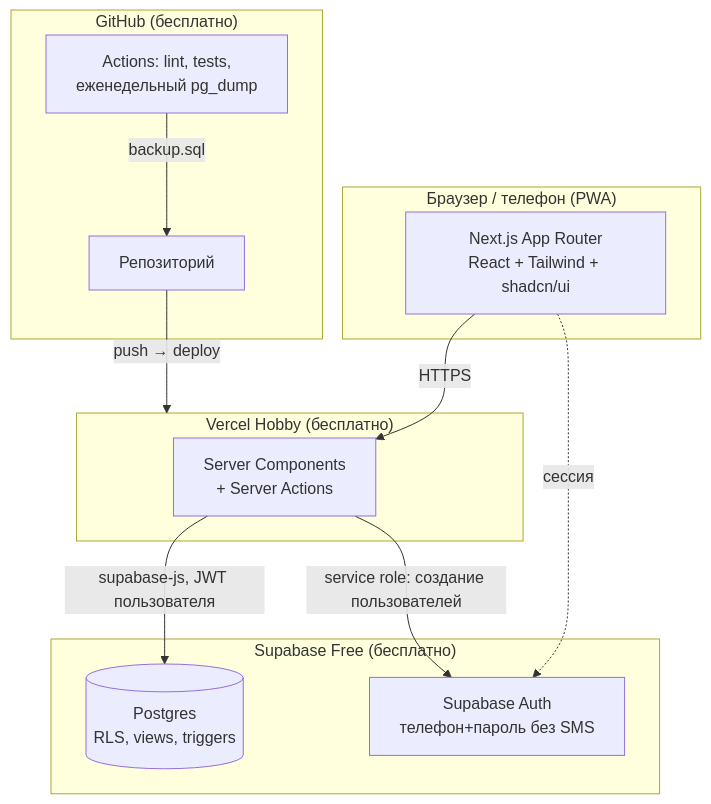
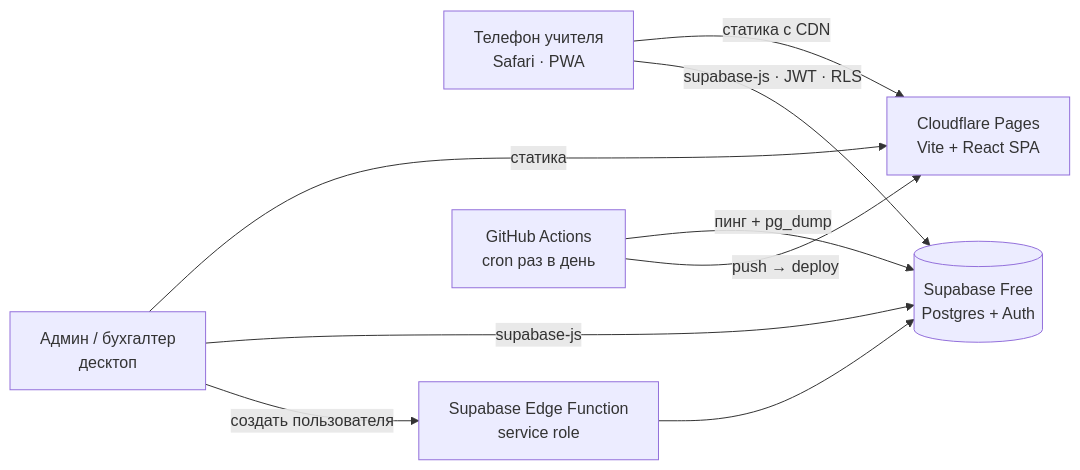
The first of 2 diagrams in docs/02-architecture.md (Saitama7/iqup-tracker), drawn with Mermaid before and after one commit. The commit also changed other lines of this file and 3 other files, not shown here.

First line of the commit message:
docs: stack decision — Vite SPA on Cloudflare Pages + Supabase (no server, nothing sleeps); UI palette, fonts, motion rules, MCP tooling

````diff
--- a/docs/02-architecture.md
+++ b/docs/02-architecture.md
@@ -7,23 +9,11 @@
 ```mermaid
-flowchart TB
-    subgraph Client["Браузер / телефон (PWA)"]
-        UI[Next.js App Router<br/>React + Tailwind + shadcn/ui]
-    end
-    subgraph Vercel["Vercel Hobby (бесплатно)"]
-        SSR[Server Components<br/>+ Server Actions]
-    end
-    subgraph Supabase["Supabase Free (бесплатно)"]
-        Auth[Supabase Auth<br/>телефон+пароль без SMS]
-        PG[(Postgres<br/>RLS, views, triggers)]
-    end
-    subgraph GH["GitHub (бесплатно)"]
-        Repo[Репозиторий]
-        CI[Actions: lint, tests,<br/>еженедельный pg_dump]
-    end
-    UI -->|HTTPS| SSR
-    SSR -->|supabase-js, JWT пользователя| PG
-    SSR -->|service role: создание пользователей| Auth
-    UI -.->|сессия| Auth
-    Repo -->|push → deploy| Vercel
-    CI -->|backup.sql| Repo
+flowchart LR
+    T[Телефон учителя<br/>Safari · PWA] -->|статика с CDN| CF[Cloudflare Pages<br/>Vite + React SPA]
+    A[Админ / бухгалтер<br/>десктоп] -->|статика| CF
+    T -->|supabase-js · JWT · RLS| SB[(Supabase Free<br/>Postgres + Auth)]
+    A -->|supabase-js| SB
+    A -->|создать пользователя| EF[Supabase Edge Function<br/>service role]
+    EF --> SB
+    GH[GitHub Actions<br/>cron раз в день] -->|пинг + pg_dump| SB
+    GH -->|push → deploy| CF
 ```
````
